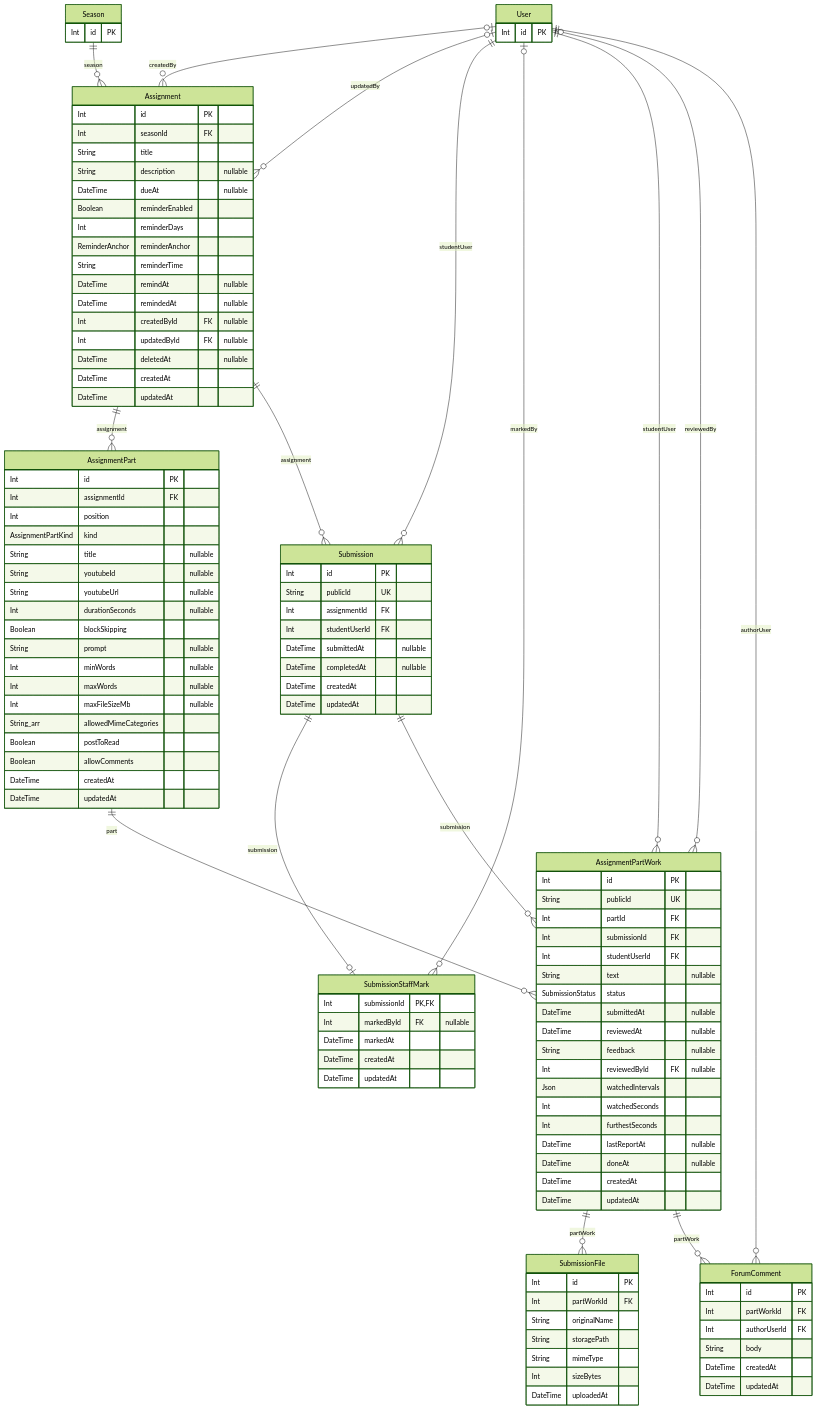
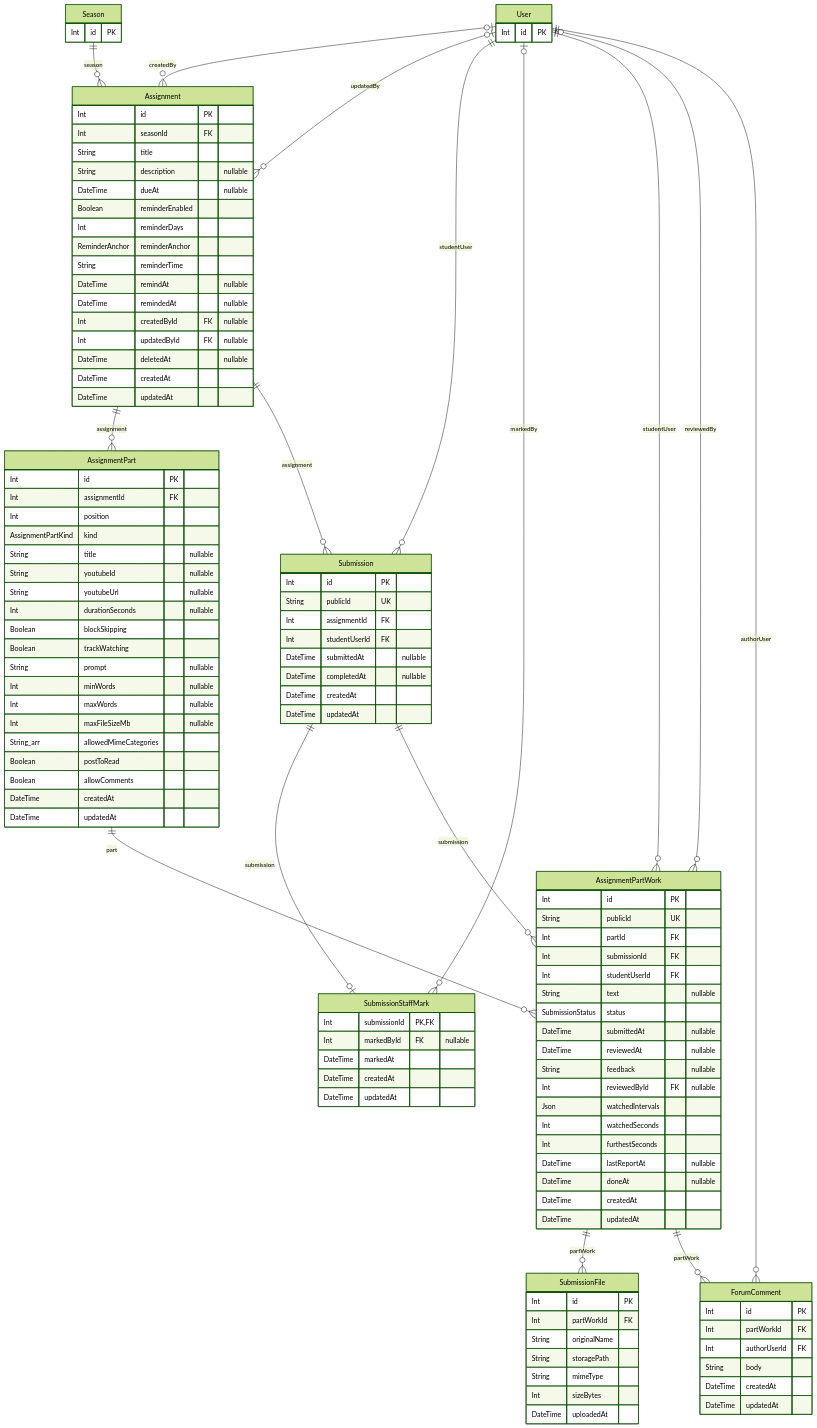
Before and after one commit to MarkBotros0/space-v2: the fourth of 7 diagrams in docs/database/erd.md, drawn with Mermaid (forest theme). The commit also changed 28 other files, not shown here.

First line of the commit message:
feat(assignments): a video part's Track watching switch

```diff
--- a/docs/database/erd.md
+++ b/docs/database/erd.md
@@ -341,6 +341,7 @@
     String youtubeUrl "nullable"
     Int durationSeconds "nullable"
     Boolean blockSkipping
+    Boolean trackWatching
     String prompt "nullable"
     Int minWords "nullable"
     Int maxWords "nullable"
```
